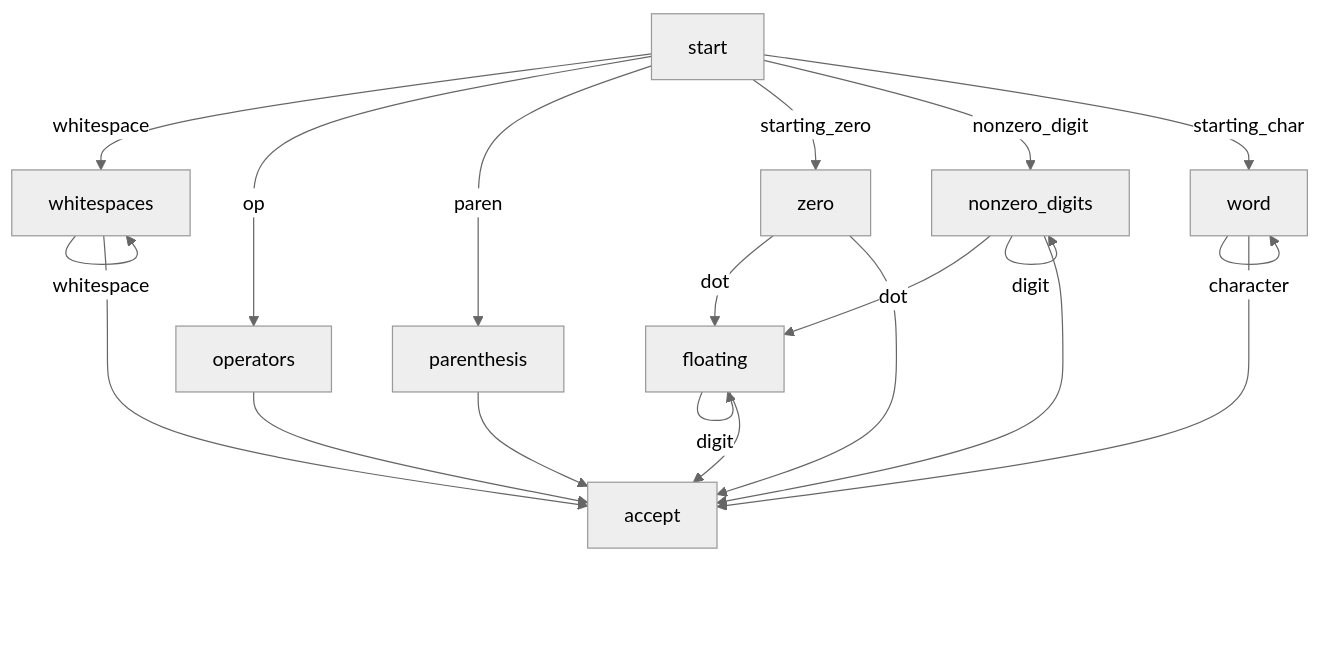
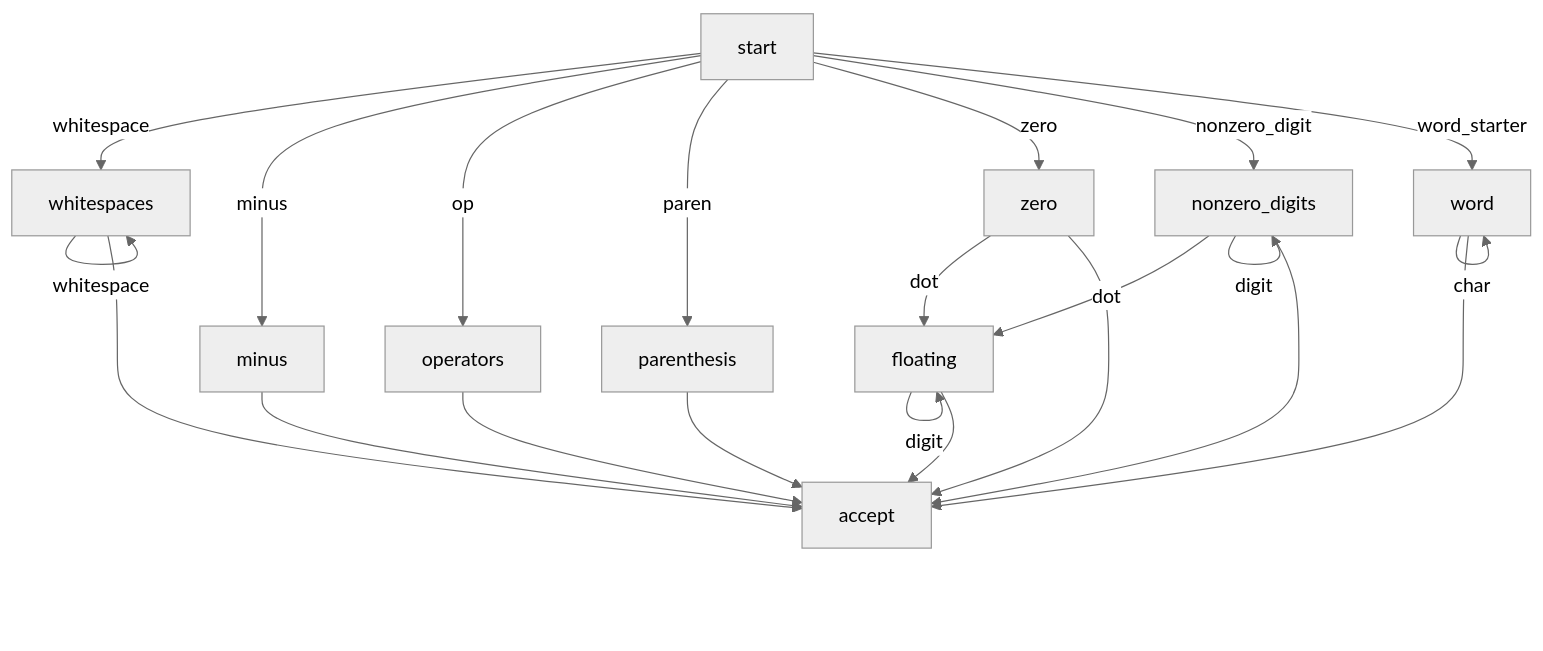
Before and after one commit to harimseong/CLI_calculator: the diagram in README.md, drawn with Mermaid (neutral theme). The commit also changed other lines of this file and 7 other files, not shown here.

Commit message:
fixed expression starting with minus sign. added AST logging

````diff
--- a/README.md
+++ b/README.md
@@ -55,22 +56,26 @@
 ```mermaid
 graph TD;
     start -- whitespace --> whitespaces
+    start -- minus --> minus
     start -- op --> operators
     start -- paren --> parenthesis
-    start -- starting_zero --> zero
+    start -- zero --> zero
     start -- nonzero_digit --> nonzero_digits
-    start -- starting_char --> word
+    start -- word_starter --> word
+
     whitespaces -- whitespace --> whitespaces
     zero -- dot --> floating
     nonzero_digits -- dot --> floating
     nonzero_digits -- digit --> nonzero_digits
     floating -- digit --> floating
-    word -- character --> word
+    word -- char --> word
+
     whitespaces --> accept
+    minus --> accept
     operators --> accept
     parenthesis --> accept
     zero --> accept
     nonzero_digits --> accept
     floating --> accept
     word --> accept
 ```
````
